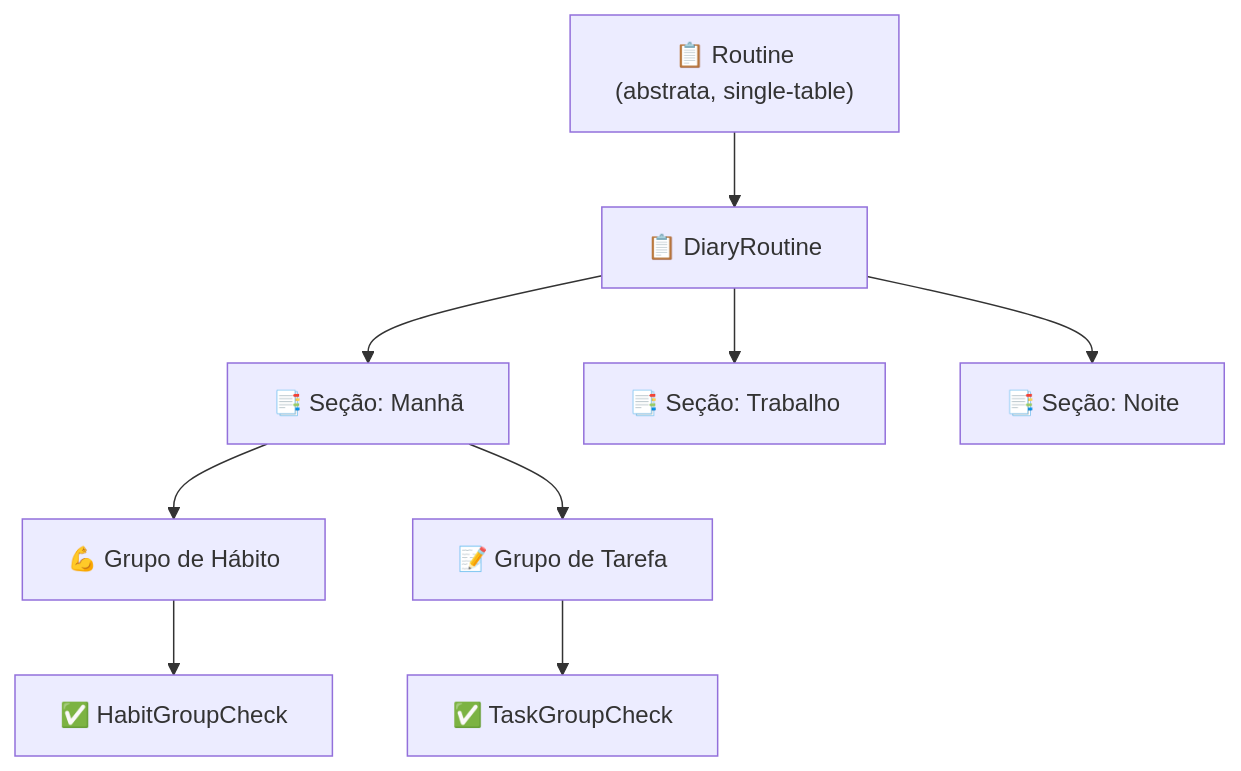
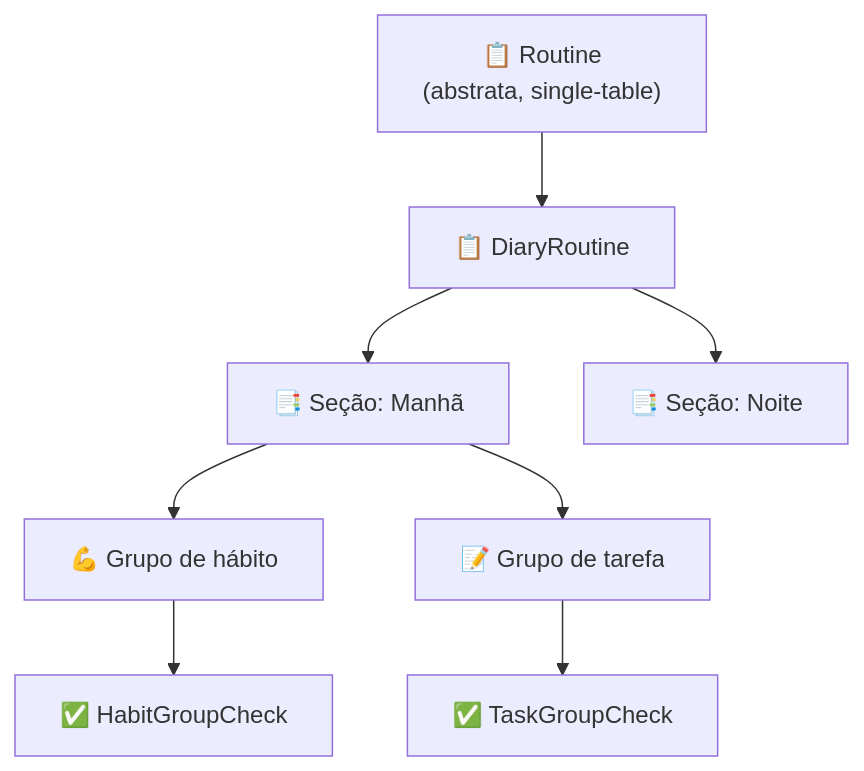
Before and after one commit to AndDev741/Beyou-arch-design: the third of 5 diagrams in architecture/domain-model/pt.md, drawn with Mermaid. The commit also changed other lines of this file and 3 other files, not shown here.

First line of the commit message:
docs(architecture): bring the domain model up to the real entity set

````diff
--- a/architecture/domain-model/pt.md
+++ b/architecture/domain-model/pt.md
@@ -198,12 +197,11 @@
 ```mermaid
 flowchart TD
   R["📋 Routine<br/>(abstrata, single-table)"]
   R --> DR["📋 DiaryRoutine"]
   DR --> RS1["📑 Seção: Manhã"]
-  DR --> RS2["📑 Seção: Trabalho"]
-  DR --> RS3["📑 Seção: Noite"]
-  RS1 --> HG1["💪 Grupo de Hábito"]
-  RS1 --> TG1["📝 Grupo de Tarefa"]
+  DR --> RS2["📑 Seção: Noite"]
+  RS1 --> HG1["💪 Grupo de hábito"]
+  RS1 --> TG1["📝 Grupo de tarefa"]
   HG1 --> HC["✅ HabitGroupCheck"]
   TG1 --> TC["✅ TaskGroupCheck"]
 ```
````
